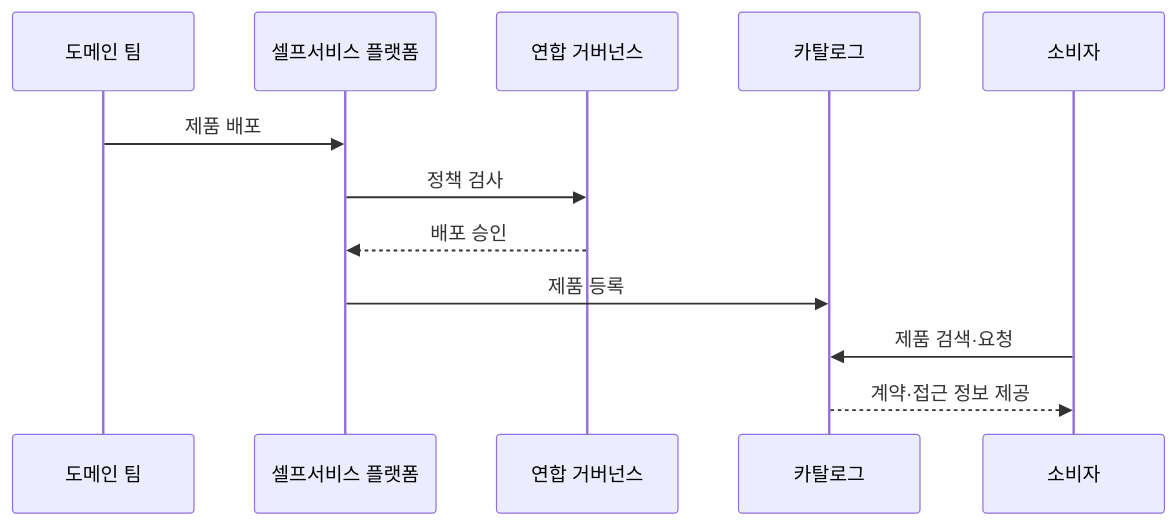
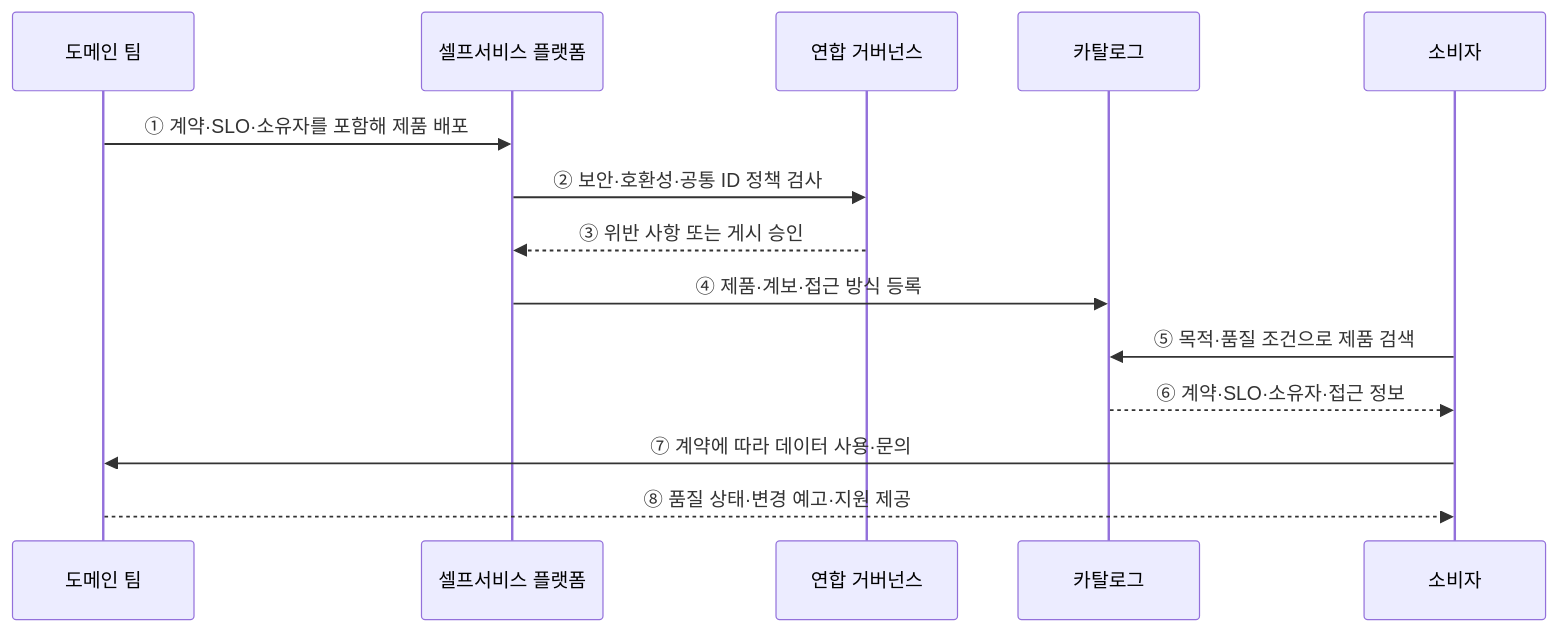
Before and after one commit to agnusdei1207/knowledge-base: the second of 2 diagrams in src/content/docs/notes/03-software/131_data_mesh.md, drawn with Mermaid. The commit also changed other lines of this file and 20 other files, not shown here.

````diff
--- a/src/content/docs/notes/03-software/131_data_mesh.md
+++ b/src/content/docs/notes/03-software/131_data_mesh.md
@@ -80,14 +72,16 @@
 ```mermaid
 sequenceDiagram
     participant D as 도메인 팀
     participant S as 셀프서비스 플랫폼
     participant G as 연합 거버넌스
     participant C as 카탈로그
     participant U as 소비자
-    D->>S: 제품 배포
-    S->>G: 정책 검사
-    G-->>S: 배포 승인
-    S->>C: 제품 등록
-    U->>C: 제품 검색·요청
-    C-->>U: 계약·접근 정보 제공
+    D->>S: ① 계약·SLO·소유자를 포함해 제품 배포
+    S->>G: ② 보안·호환성·공통 ID 정책 검사
+    G-->>S: ③ 위반 사항 또는 게시 승인
+    S->>C: ④ 제품·계보·접근 방식 등록
+    U->>C: ⑤ 목적·품질 조건으로 제품 검색
+    C-->>U: ⑥ 계약·SLO·소유자·접근 정보
+    U->>D: ⑦ 계약에 따라 데이터 사용·문의
+    D-->>U: ⑧ 품질 상태·변경 예고·지원 제공
 ```
````
